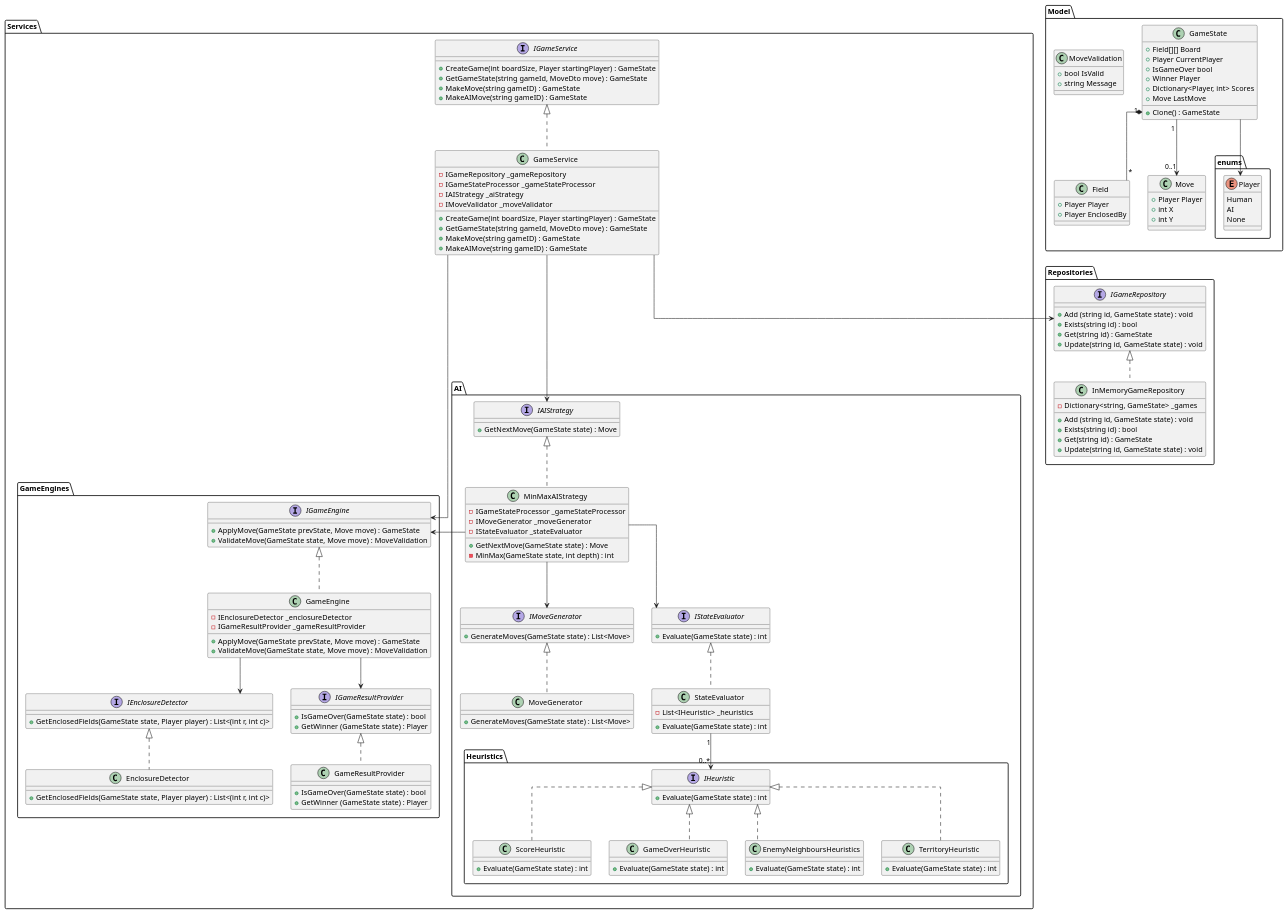
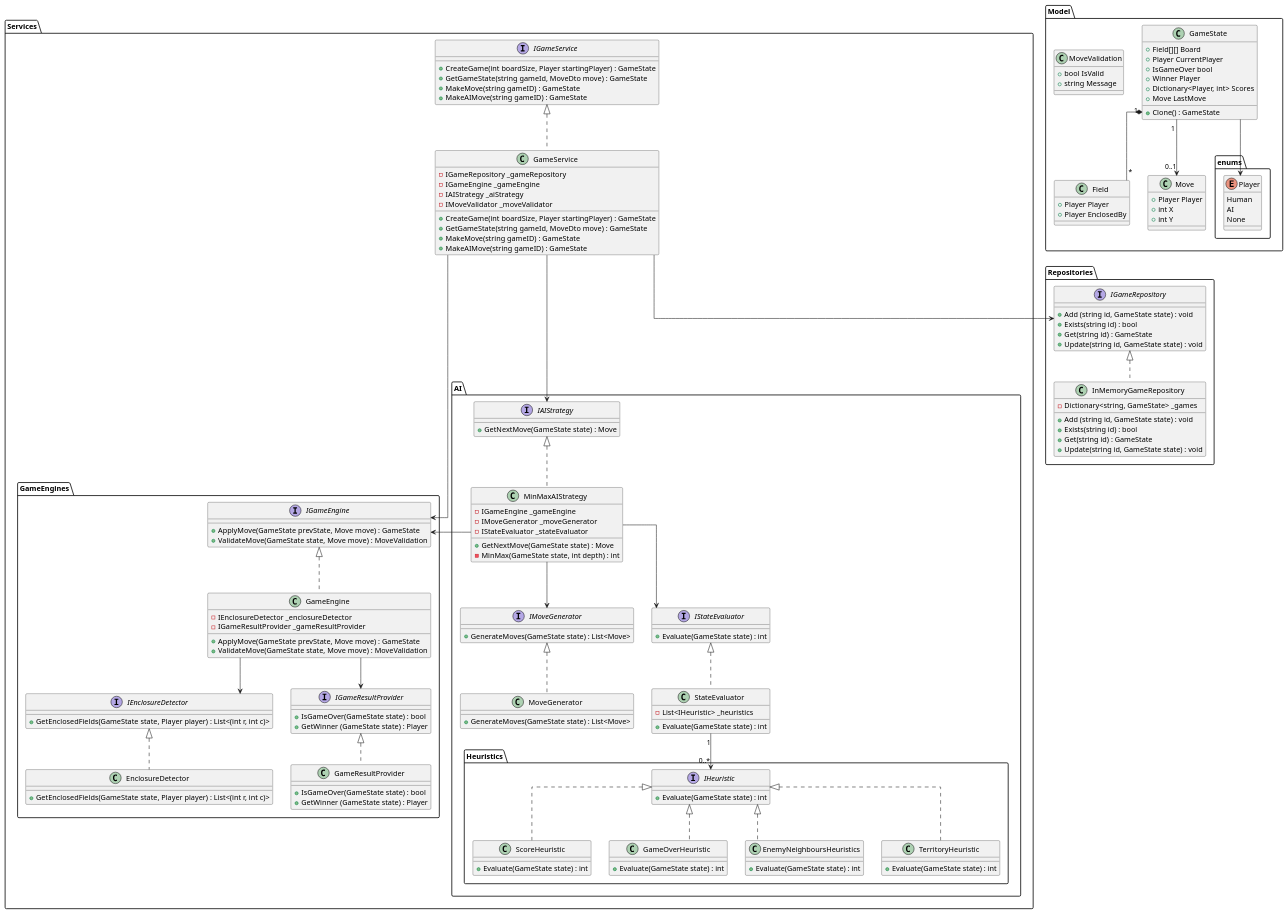
One commit to jakubwojtowicz/TheDotsGameWeb changed the diagram in DotsServer/docs/diagrams/class-diagram/class_diagram.puml. Above: the diagram before and after it, drawn with PlantUML. The commit also changed 1 other file, not shown here.

```diff
--- a/DotsServer/docs/diagrams/class-diagram/class_diagram.puml
+++ b/DotsServer/docs/diagrams/class-diagram/class_diagram.puml
@@ -72,7 +72,7 @@
 
   class GameService {
     - IGameRepository _gameRepository
-    - IGameStateProcessor _gameStateProcessor
+    - IGameEngine _gameEngine
     - IAIStrategy _aiStrategy
     - IMoveValidator _moveValidator
     + CreateGame(int boardSize, Player startingPlayer) : GameState
@@ -118,7 +118,7 @@
   package AI {
 
   class MinMaxAIStrategy {
-    - IGameStateProcessor _gameStateProcessor
+    - IGameEngine _gameEngine
     - IMoveGenerator _moveGenerator
     - IStateEvaluator _stateEvaluator
     + GetNextMove(GameState state) : Move
```
